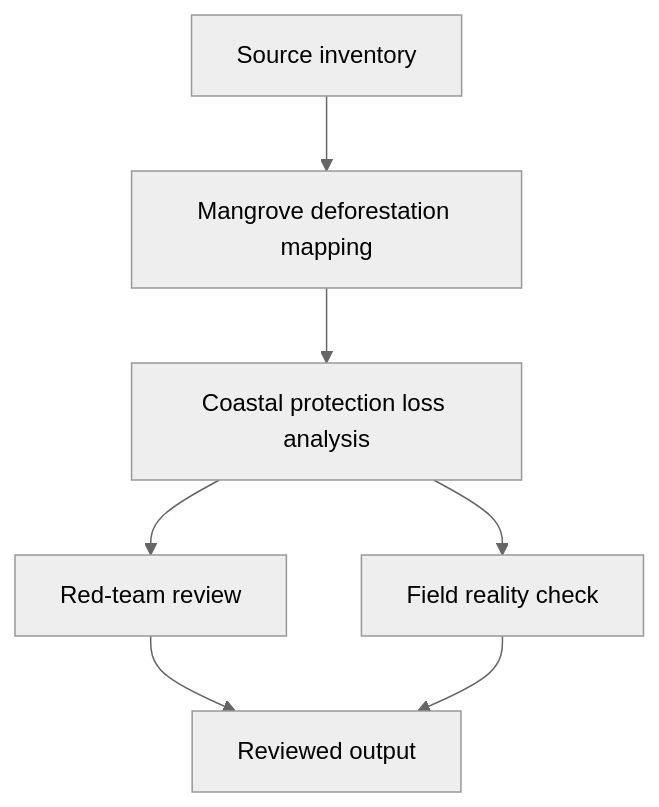
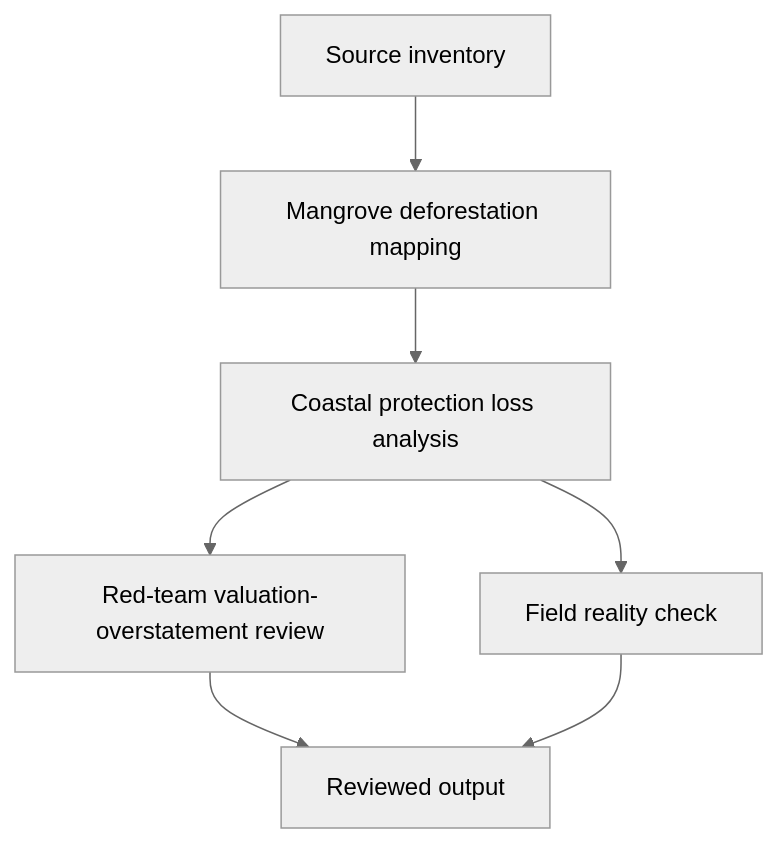
The diagram in problem-packs/biodiversity/mangrove-loss-south-east-asia/task-map.md (Open-Problem-Lab/open-problem-lab), drawn with Mermaid (neutral theme) before and after one commit. The commit also changed other lines of this file and 8 other files, not shown here.

````diff
--- a/problem-packs/biodiversity/mangrove-loss-south-east-asia/task-map.md
+++ b/problem-packs/biodiversity/mangrove-loss-south-east-asia/task-map.md
@@ -5,9 +9,9 @@
 ```mermaid
 flowchart TD
   A["Source inventory"] --> B["Mangrove deforestation mapping"]
   B --> C["Coastal protection loss analysis"]
-  C --> D["Red-team review"]
+  C --> D["Red-team valuation-overstatement review"]
   C --> E["Field reality check"]
   D --> F["Reviewed output"]
   E --> F
 ```
````
